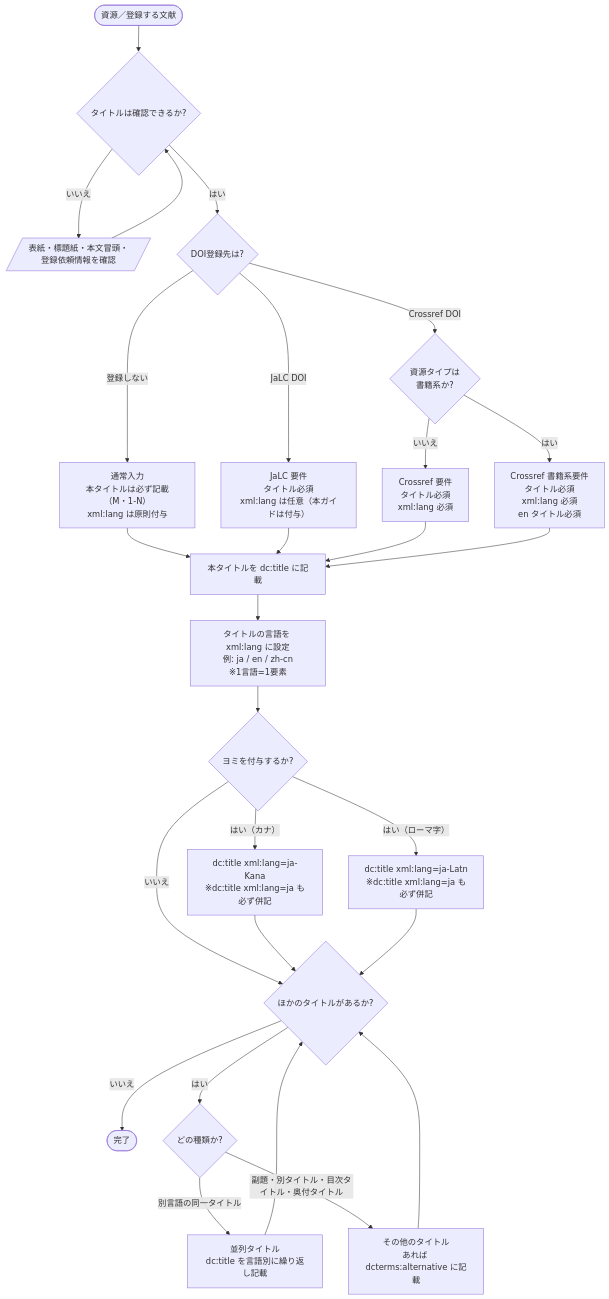
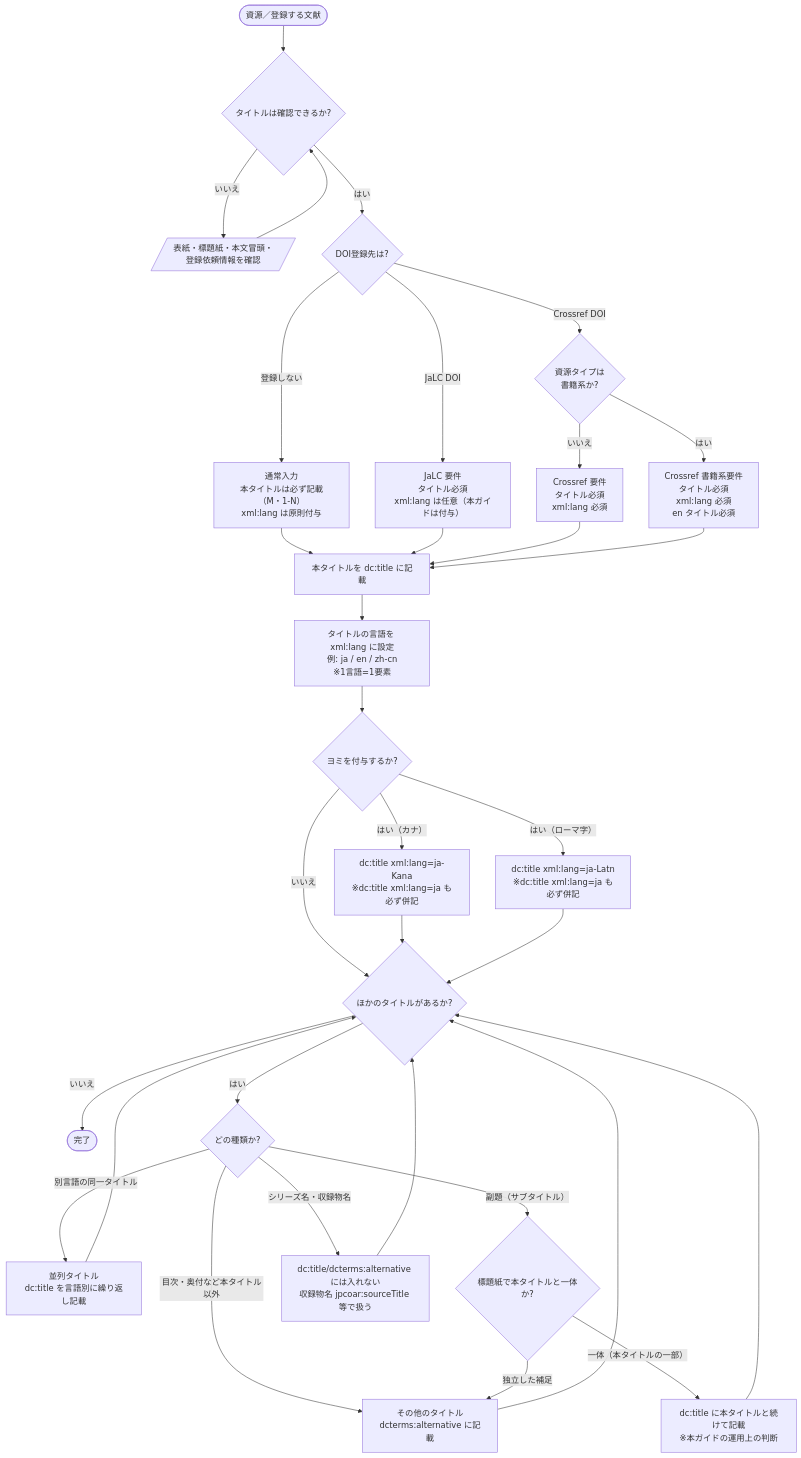
Before and after one commit to tzhaya/jpcoarschema-helper: the diagram in decision-trees/title.md, drawn with Mermaid. The commit also changed other lines of this file and 20 other files, not shown here.

````diff
--- a/decision-trees/title.md
+++ b/decision-trees/title.md
@@ -49,41 +57,48 @@
 ```mermaid
 flowchart TD
     R([資源／登録する文献]) --> D0{タイトルは確認できるか?}
     D0 -- いいえ --> A0[/表紙・標題紙・本文冒頭・登録依頼情報を確認/]
     A0 --> D0
     D0 -- はい --> Q1{DOI登録先は?}
 
     Q1 -- 登録しない --> CTX0["通常入力<br/>本タイトルは必ず記載（M・1-N）<br/>xml:lang は原則付与"]
     Q1 -- JaLC DOI --> CTX1["JaLC 要件<br/>タイトル必須<br/>xml:lang は任意（本ガイドは付与）"]
     Q1 -- Crossref DOI --> Q1a{資源タイプは<br/>書籍系か?}
 
     Q1a -- いいえ --> CTX2["Crossref 要件<br/>タイトル必須<br/>xml:lang 必須"]
     Q1a -- はい --> CTX3["Crossref 書籍系要件<br/>タイトル必須<br/>xml:lang 必須<br/>en タイトル必須"]
 
     CTX0 --> P1
     CTX1 --> P1
     CTX2 --> P1
     CTX3 --> P1
 
     P1["本タイトルを dc:title に記載"] --> P2["タイトルの言語を xml:lang に設定<br/>例: ja / en / zh-cn<br/>※1言語=1要素"]
     P2 --> D2{ヨミを付与するか?}
 
     D2 -- "はい（カナ）" --> A2a["dc:title xml:lang=ja-Kana<br/>※dc:title xml:lang=ja も必ず併記"]
     D2 -- "はい（ローマ字）" --> A2b["dc:title xml:lang=ja-Latn<br/>※dc:title xml:lang=ja も必ず併記"]
     D2 -- いいえ --> D3
 
     A2a --> D3
     A2b --> D3
 
     D3{ほかのタイトルがあるか?}
     D3 -- いいえ --> END
     D3 -- はい --> D3a{どの種類か?}
 
     D3a -- "別言語の同一タイトル" --> A3a["並列タイトル<br/>dc:title を言語別に繰り返し記載"]
-    D3a -- "副題・別タイトル・目次タイトル・奥付タイトル" --> A3b["その他のタイトル<br/>あれば dcterms:alternative に記載"]
+    D3a -- "副題（サブタイトル）" --> D3b{標題紙で本タイトルと一体か?}
+    D3a -- "目次・奥付など本タイトル以外" --> A3b["その他のタイトル<br/>dcterms:alternative に記載"]
+    D3a -- "シリーズ名・収録物名" --> A3d["dc:title/dcterms:alternative には入れない<br/>収録物名 jpcoar:sourceTitle 等で扱う"]
+
+    D3b -- "一体（本タイトルの一部）" --> A3c["dc:title に本タイトルと続けて記載<br/>※本ガイドの運用上の判断"]
+    D3b -- "独立した補足" --> A3b
 
     A3a --> D3
     A3b --> D3
+    A3c --> D3
+    A3d --> D3
 
     END([完了])
 ```
````
